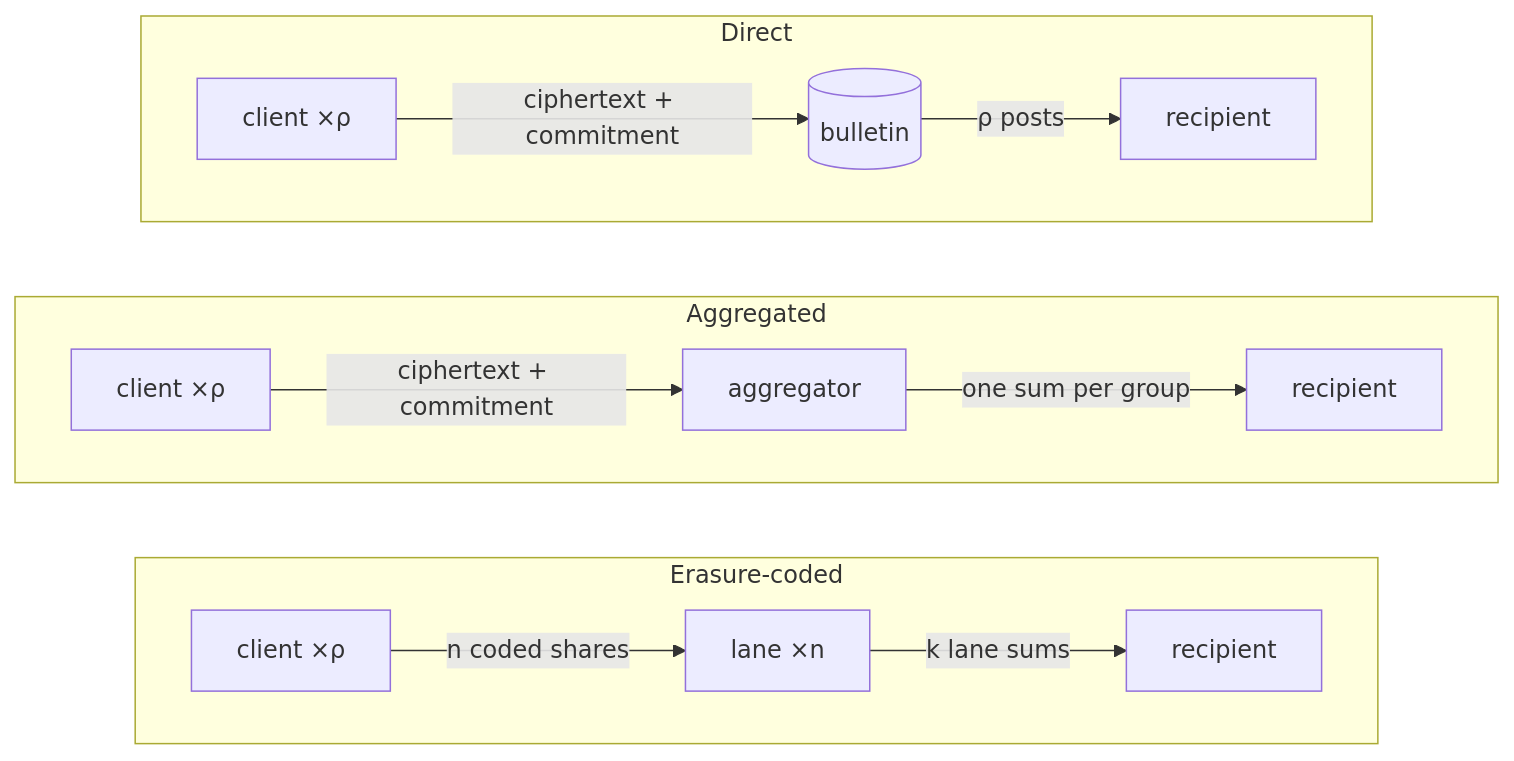
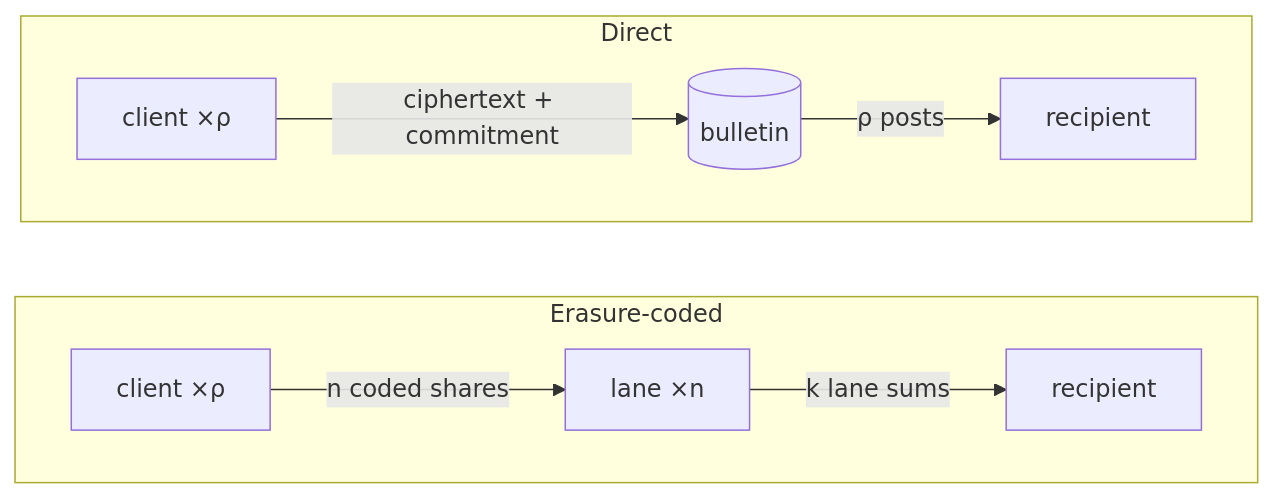
Before and after one commit to flashbots/panetiere: the first of 2 diagrams in README.md, drawn with Mermaid. The commit also changed other lines of this file and 9 other files, not shown here.

````diff
--- a/README.md
+++ b/README.md
@@ -92,16 +86,12 @@
 ```mermaid
 flowchart TB
     subgraph D[Direct]
         direction LR
         c1["client ×ρ"] -->|ciphertext + commitment| b1[(bulletin)] -->|ρ posts| r1[recipient]
     end
-    subgraph A[Aggregated]
-        direction LR
-        c2["client ×ρ"] -->|ciphertext + commitment| a2[aggregator] -->|one sum per group| r2[recipient]
-    end
     subgraph E[Erasure-coded]
         direction LR
         c3["client ×ρ"] -->|n coded shares| l3["lane ×n"] -->|k lane sums| r3[recipient]
     end
-    D ~~~ A ~~~ E
+    D ~~~ E
 ```
````
